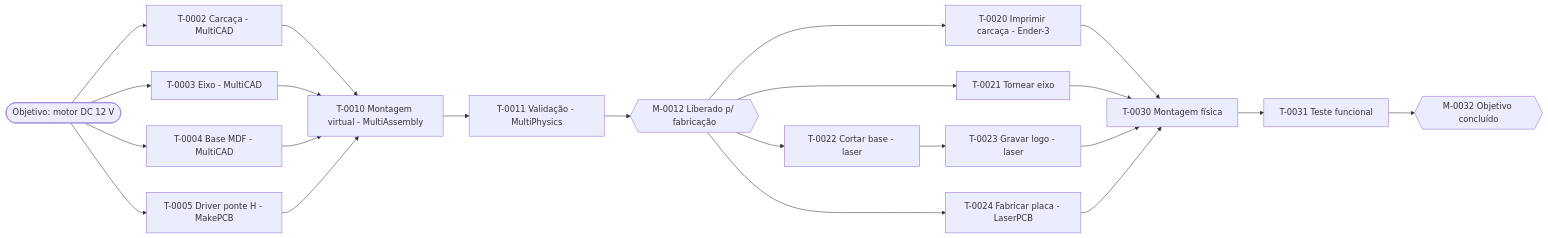
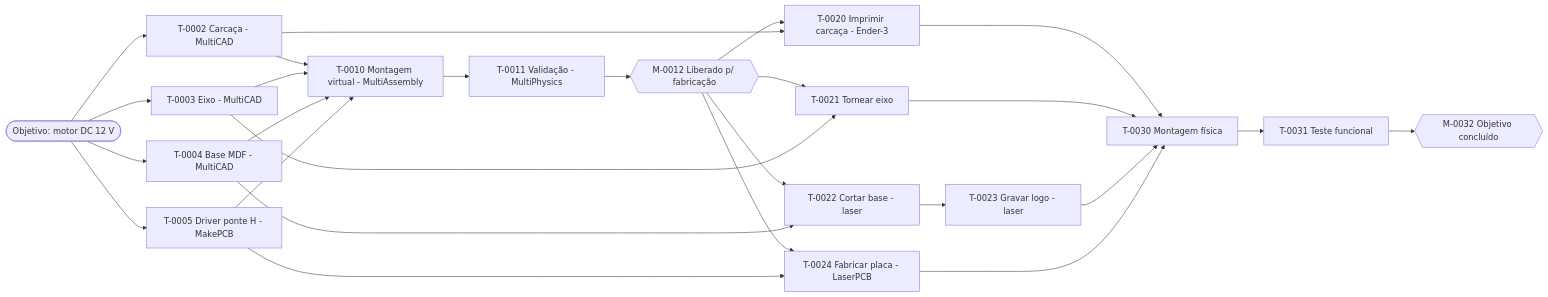
One commit to marcelomaurin/multicnc changed the diagram in multiproject/README.md. Above: the diagram before and after it, drawn with Mermaid. The commit also changed other lines of this file and 45 other files, not shown here.

````diff
--- a/multiproject/README.md
+++ b/multiproject/README.md
@@ -78,24 +93,28 @@
 ```mermaid
 flowchart LR
   OBJ([Objetivo: motor DC 12 V])
   C1[T-0002 Carcaça - MultiCAD]
   C2[T-0003 Eixo - MultiCAD]
   C3[T-0004 Base MDF - MultiCAD]
   E1[T-0005 Driver ponte H - MakePCB]
   A1[T-0010 Montagem virtual - MultiAssembly]
   V1[T-0011 Validação - MultiPhysics]
   M1{{M-0012 Liberado p/ fabricação}}
   F1[T-0020 Imprimir carcaça - Ender-3]
   F2[T-0021 Tornear eixo]
   F3[T-0022 Cortar base - laser]
   F4[T-0023 Gravar logo - laser]
   F5[T-0024 Fabricar placa - LaserPCB]
   MF[T-0030 Montagem física]
   TF[T-0031 Teste funcional]
   FIM{{M-0032 Objetivo concluído}}
   OBJ --> C1 & C2 & C3 & E1
   C1 & C2 & C3 & E1 --> A1 --> V1 --> M1
   M1 --> F1 & F2 & F3 & F5
+  C1 --> F1
+  C2 --> F2
+  C3 --> F3
+  E1 --> F5
   F3 --> F4
   F1 & F2 & F4 & F5 --> MF --> TF --> FIM
 ```
````
